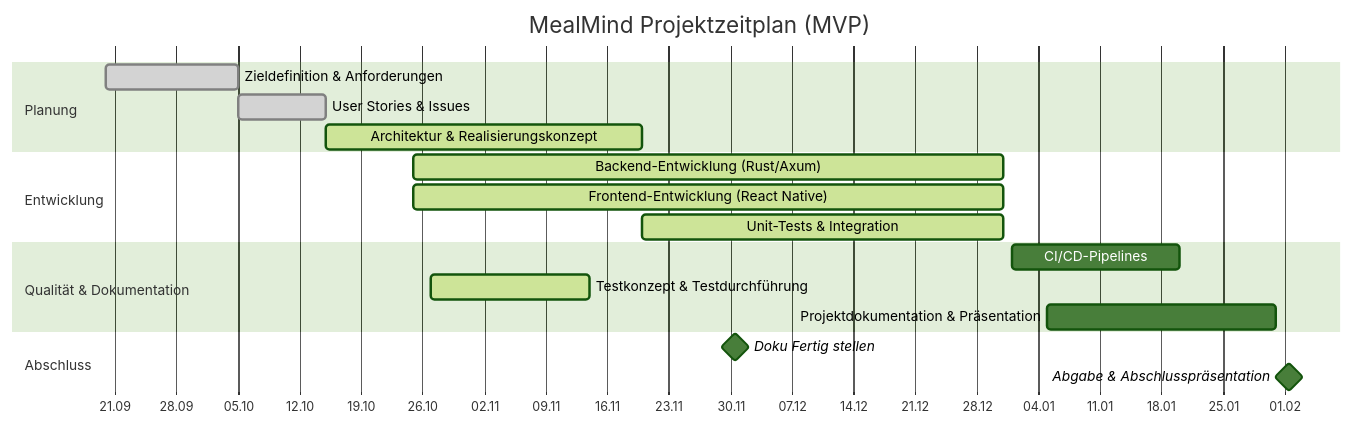
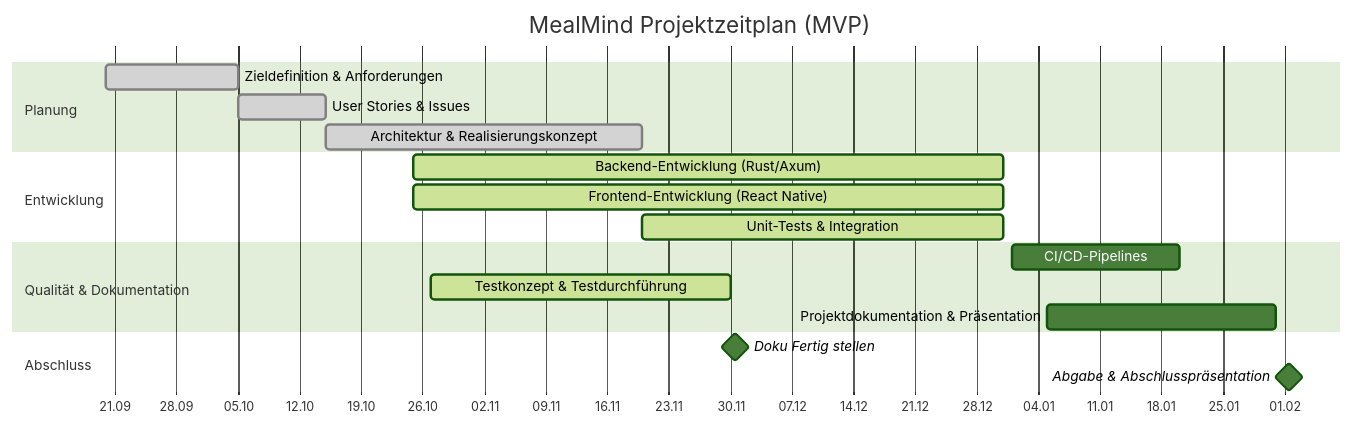
Before and after one commit to NoreoOreo/MealMind: the diagram in docs/realisierungskonzept.md, drawn with Mermaid (forest theme). The commit also changed other lines of this file and 3 other files, not shown here.

````diff
--- a/docs/realisierungskonzept.md
+++ b/docs/realisierungskonzept.md
@@ -245,25 +301,25 @@
 ```mermaid
 gantt
     title MealMind Projektzeitplan (MVP)
-    dateFormat  YYYY-MM-DD
-    axisFormat  %d.%m
+    dateFormat YYYY-MM-DD
+    axisFormat %d.%m
 
     section Planung
-    Zieldefinition & Anforderungen          :done,    plan1, 2025-09-20,2025-10-05
-    User Stories & Issues                   :done,    plan2, 2025-10-05,2025-10-15
-    Architektur & Realisierungskonzept      :active,  plan3, 2025-10-15,2025-11-20
+        Zieldefinition & Anforderungen: done, plan1, 2025-09-20, 2025-10-05
+        User Stories & Issues: done, plan2, 2025-10-05, 2025-10-15
+        Architektur & Realisierungskonzept: done, plan3, 2025-10-15, 2025-11-20
 
     section Entwicklung
-    Backend-Entwicklung (Rust/Axum)         :active,  dev1, 2025-10-25,2025-12-31
-    Frontend-Entwicklung (React Native)     :active,  dev2, 2025-10-25,2025-12-31
-    Unit-Tests & Integration                :active,  dev4, 2025-11-20,2025-12-31
+        Backend-Entwicklung (Rust/Axum): active, dev1, 2025-10-25, 2025-12-31
+        Frontend-Entwicklung (React Native): active, dev2, 2025-10-25, 2025-12-31
+        Unit-Tests & Integration: active, dev4, 2025-11-20, 2025-12-31
 
     section Qualität & Dokumentation
-    CI/CD-Pipelines                         :         qa1, 2026-01-01,2026-01-20
-    Testkonzept & Testdurchführung          :active,  qa2, 2025-10-27,2025-11-14
-    Projektdokumentation & Präsentation     :         qa3, 2026-01-05,2026-01-31
+        CI/CD-Pipelines: qa1, 2026-01-01, 2026-01-20
+        Testkonzept & Testdurchführung: active, qa2, 2025-10-27, 2025-11-30
+        Projektdokumentation & Präsentation: qa3, 2026-01-05, 2026-01-31
 
     section Abschluss
-    Doku Fertig stellen                     :milestone, ms1, 2025-11-30,1d    
-    Abgabe & Abschlusspräsentation          :milestone, ms2, 2026-02-01,1d
+        Doku Fertig stellen: milestone, ms1, 2025-11-30, 1d
+        Abgabe & Abschlusspräsentation: milestone, ms2, 2026-02-01, 1d
 ```
````
